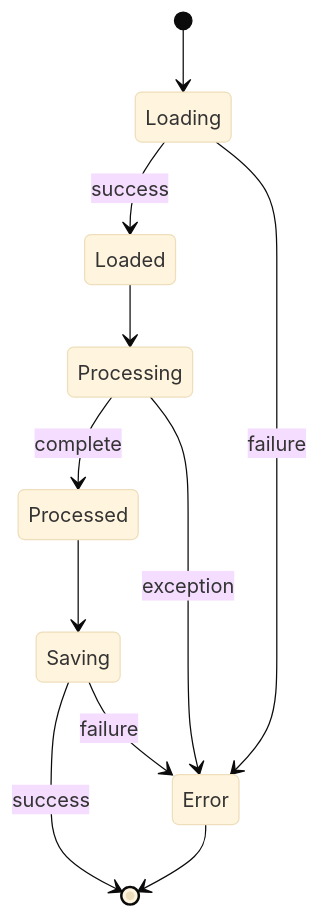
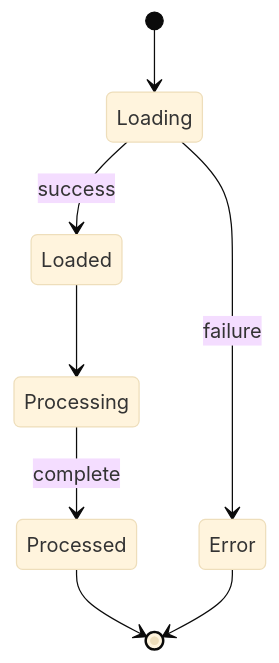
Diagram 12 of 15 in .claude/skills/create-architecture-diagram/SKILL.md (giodl73-repo/DEXTRO), drawn with Mermaid (base theme) before and after one commit. The commit also changed other lines of this file and 3 other files, not shown here.

````diff
--- a/.claude/skills/create-architecture-diagram/SKILL.md
+++ b/.claude/skills/create-architecture-diagram/SKILL.md
@@ -462,16 +280,10 @@
 ```mermaid
 stateDiagram-v2
     [*] --> Loading
     Loading --> Loaded: success
     Loading --> Error: failure
-
     Loaded --> Processing
     Processing --> Processed: complete
-    Processing --> Error: exception
-
-    Processed --> Saving
-    Saving --> [*]: success
-    Saving --> Error: failure
-
+    Processed --> [*]
     Error --> [*]
 ```
````
